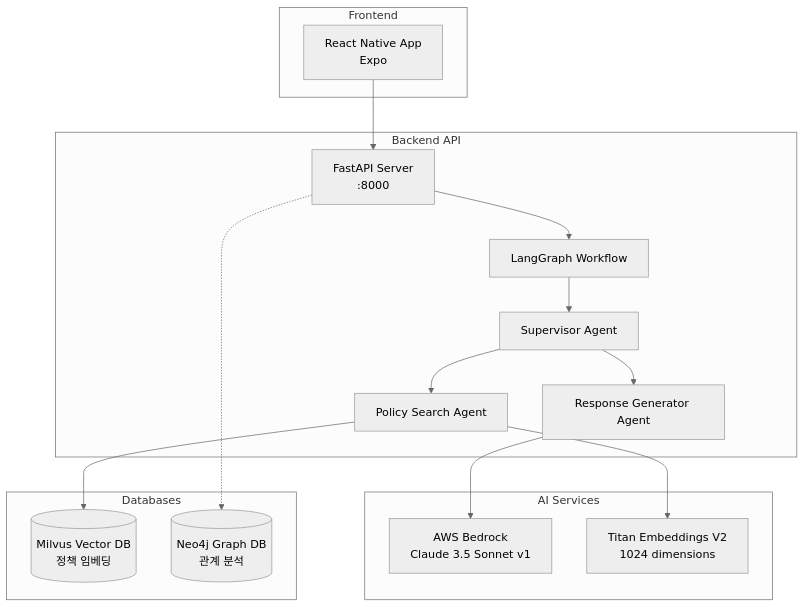
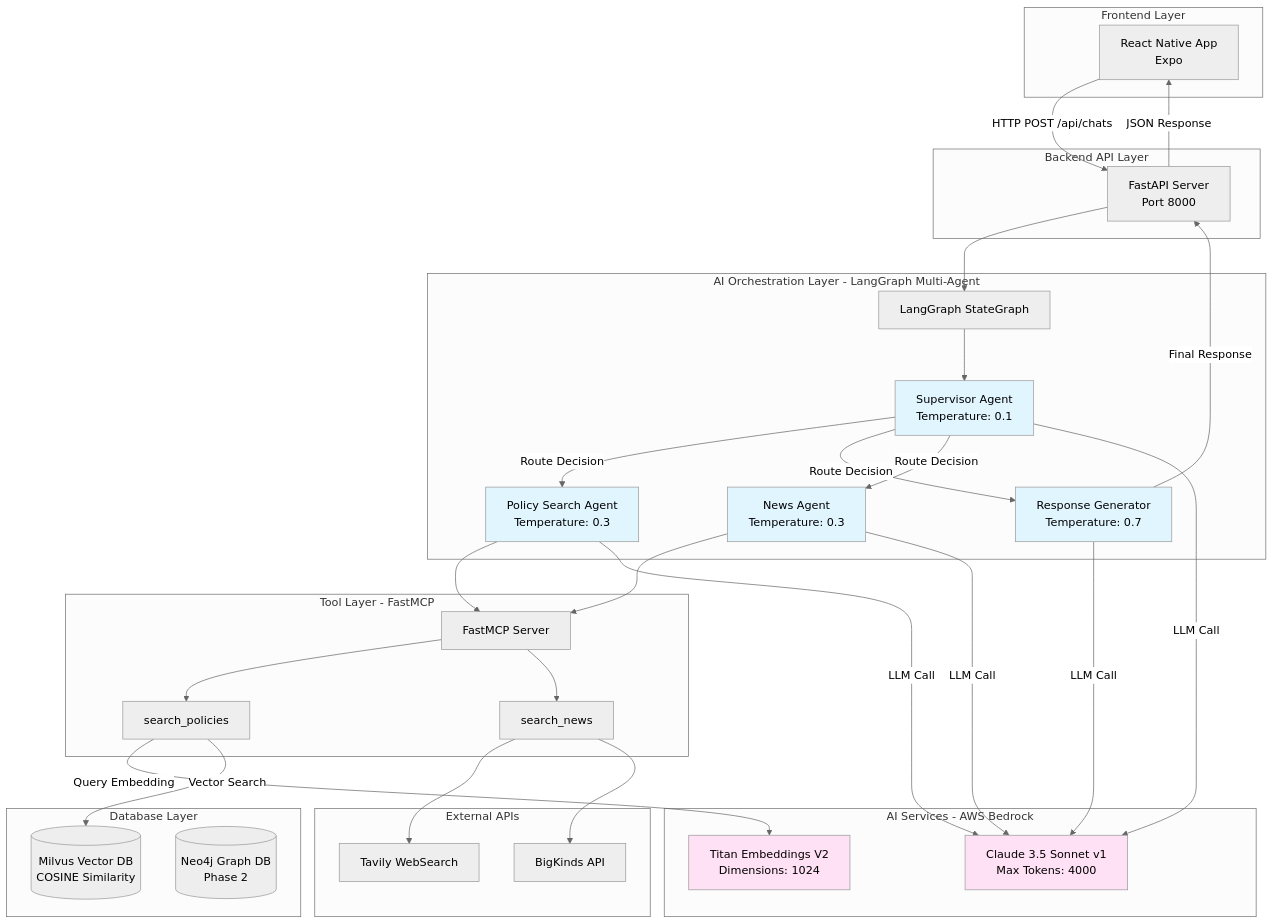
Before and after one commit to 1282saa/ssaacc: the first of 2 diagrams in README.md, drawn with Mermaid (neutral theme). The commit also changed other lines of this file, not shown here.

Commit message:
docs: Add detailed LLM architecture diagrams
- Added System Overview diagram with detailed layer structure:
  - Frontend Layer
  - Backend API Layer
  - AI Orchestration Layer (LangGraph Multi-Agent)
  - Tool Layer (FastMCP)
  - AI Services (AWS Bedrock)
  - External APIs (Tavily, BigKinds)
  - Database Layer

- Added Detailed LLM Workflow sequence diagram:
  - Step-by-step interaction flow
  - User query to final response
  - All agent interactions with Claude
  - Temperature settings per agent
  - MCP tool calls
  - Vector embedding and search process
  - Parallel news search workflow
  - Color-coded steps for clarity

Provides comprehensive visualization of the entire AI system architecture.

````diff
--- a/README.md
+++ b/README.md
@@ -17,34 +19,73 @@
 ```mermaid
 graph TB
-    subgraph "Frontend"
+    subgraph "Frontend Layer"
         Mobile[React Native App<br/>Expo]
     end
 
-    subgraph "Backend API"
-        API[FastAPI Server<br/>:8000]
-        LG[LangGraph Workflow]
-        Supervisor[Supervisor Agent]
-        PolicySearch[Policy Search Agent]
-        ResponseGen[Response Generator Agent]
+    subgraph "Backend API Layer"
+        API[FastAPI Server<br/>Port 8000]
     end
 
-    subgraph "AI Services"
-        Bedrock[AWS Bedrock<br/>Claude 3.5 Sonnet v1]
-        Titan[Titan Embeddings V2<br/>1024 dimensions]
+    subgraph "AI Orchestration Layer - LangGraph Multi-Agent"
+        LG[LangGraph StateGraph]
+        Supervisor[Supervisor Agent<br/>Temperature: 0.1]
+        PolicyAgent[Policy Search Agent<br/>Temperature: 0.3]
+        ResponseAgent[Response Generator<br/>Temperature: 0.7]
+        NewsAgent[News Agent<br/>Temperature: 0.3]
     end
 
-    subgraph "Databases"
-        Milvus[(Milvus Vector DB<br/>정책 임베딩)]
-        Neo4j[(Neo4j Graph DB<br/>관계 분석)]
+    subgraph "Tool Layer - FastMCP"
+        MCP[FastMCP Server]
+        SearchTool[search_policies]
+        NewsTool[search_news]
     end
 
-    Mobile --> API
+    subgraph "AI Services - AWS Bedrock"
+        Claude[Claude 3.5 Sonnet v1<br/>Max Tokens: 4000]
+        Titan[Titan Embeddings V2<br/>Dimensions: 1024]
+    end
+
+    subgraph "External APIs"
+        Tavily[Tavily WebSearch]
+        BigKinds[BigKinds API]
+    end
+
+    subgraph "Database Layer"
+        Milvus[(Milvus Vector DB<br/>COSINE Similarity)]
+        Neo4j[(Neo4j Graph DB<br/>Phase 2)]
+    end
+
+    Mobile -->|HTTP POST /api/chats| API
     API --> LG
     LG --> Supervisor
-    Supervisor --> PolicySearch
-    Supervisor --> ResponseGen
-    PolicySearch --> Milvus
-    PolicySearch --> Titan
-    ResponseGen --> Bedrock
-    API -.-> Neo4j
+    Supervisor -->|Route Decision| PolicyAgent
+    Supervisor -->|Route Decision| ResponseAgent
+    Supervisor -->|Route Decision| NewsAgent
+
+    PolicyAgent --> MCP
+    NewsAgent --> MCP
+
+    MCP --> SearchTool
+    MCP --> NewsTool
+
+    SearchTool -->|Query Embedding| Titan
+    SearchTool -->|Vector Search| Milvus
+
+    NewsTool --> Tavily
+    NewsTool --> BigKinds
+
+    PolicyAgent -->|LLM Call| Claude
+    ResponseAgent -->|LLM Call| Claude
+    NewsAgent -->|LLM Call| Claude
+    Supervisor -->|LLM Call| Claude
+
+    ResponseAgent -->|Final Response| API
+    API -->|JSON Response| Mobile
+
+    style Supervisor fill:#e1f5ff
+    style PolicyAgent fill:#e1f5ff
+    style ResponseAgent fill:#e1f5ff
+    style NewsAgent fill:#e1f5ff
+    style Claude fill:#ffe1f5
+    style Titan fill:#ffe1f5
 ```
````
